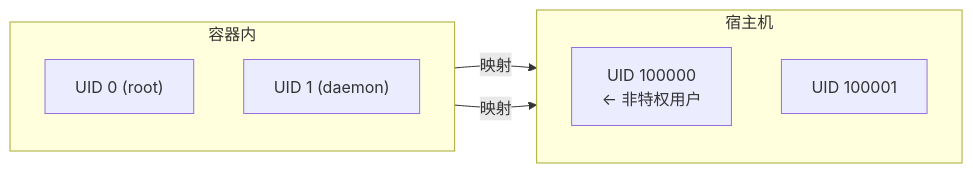
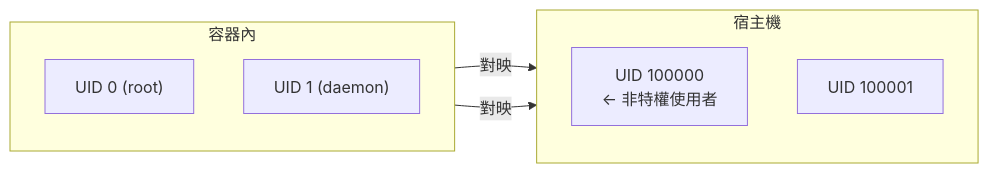
One commit to doggy8088/docker_practice changed the third of 3 diagrams in 12_implementation/12.2_namespace.md. Above: the diagram before and after it, drawn with Mermaid. The commit also changed other lines of this file and 211 other files, not shown here.

````diff
--- a/12_implementation/12.2_namespace.md
+++ b/12_implementation/12.2_namespace.md
@@ -203,17 +203,17 @@
 ```mermaid
 flowchart LR
-    subgraph Container ["容器内"]
+    subgraph Container ["容器內"]
         direction TB
         C1["UID 0 (root)"]
         C2["UID 1 (daemon)"]
     end
 
-    subgraph Host ["宿主机"]
+    subgraph Host ["宿主機"]
         direction TB
-        H1["UID 100000<br/>← 非特权用户"]
+        H1["UID 100000<br/>← 非特權使用者"]
         H2["UID 100001"]
     end
 
-    C1 -- 映射 --> H1
-    C2 -- 映射 --> H2
+    C1 -- 對映 --> H1
+    C2 -- 對映 --> H2
 ```
````
